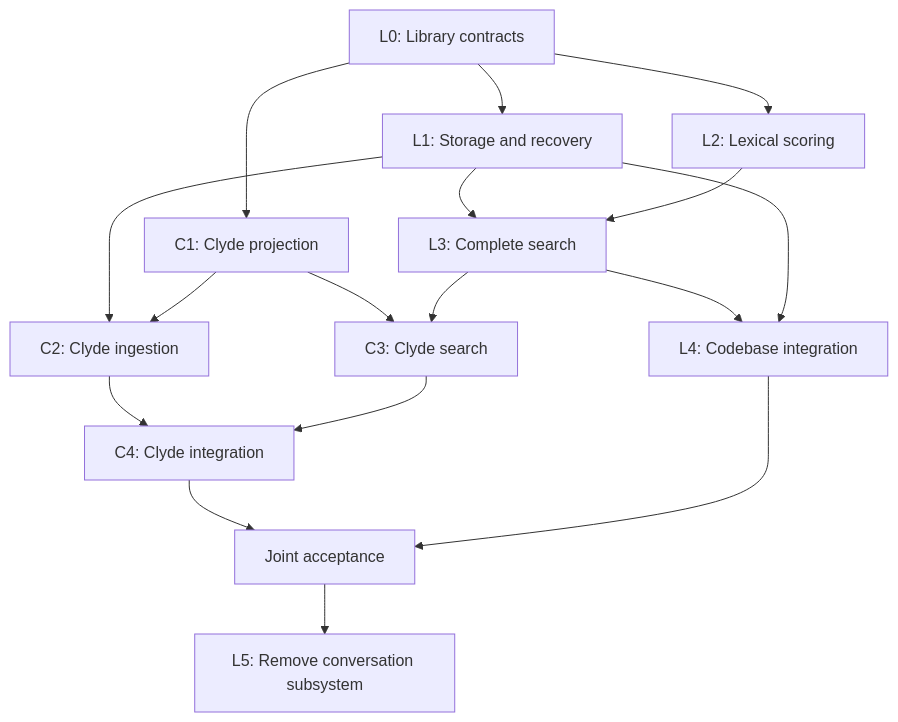
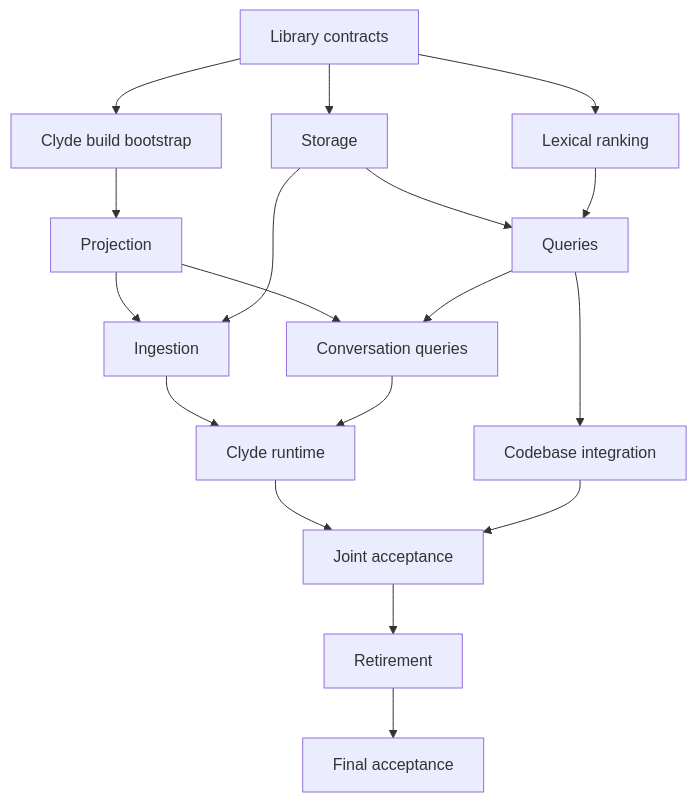
One commit to agoodkind/clyde changed the diagram in docs/superpowers/plans/2026-09-27-shared-search-coordination.md. Above: the diagram before and after it, drawn with Mermaid. The commit also changed other lines of this file and 11 other files, not shown here.

Commit message:
Add parallel Clyde plans and shared search coordination

````diff
--- a/docs/superpowers/plans/2026-09-27-shared-search-coordination.md
+++ b/docs/superpowers/plans/2026-09-27-shared-search-coordination.md
@@ -41,19 +54,20 @@
 ```mermaid
 flowchart TD
-    L0[L0: Library contracts] --> L1[L1: Storage and recovery]
-    L0 --> L2[L2: Lexical scoring]
-    L0 --> C1[C1: Clyde projection]
-    L1 --> L3[L3: Complete search]
+    L0[Library contracts] --> L1[Storage]
+    L0 --> L2[Lexical ranking]
+    L0 --> B[Clyde build bootstrap]
+    B --> C1[Projection]
+    L1 --> L3[Queries]
     L2 --> L3
-    L1 --> C2[C2: Clyde ingestion]
-    C1 --> C2
-    C1 --> C3[C3: Clyde search]
+    C1 --> C2[Ingestion]
+    L1 --> C2
+    C1 --> C3[Conversation queries]
     L3 --> C3
-    L3 --> L4[L4: Codebase integration]
-    L1 --> L4
-    C2 --> C4[C4: Clyde integration]
+    L3 --> L4[Codebase integration]
+    C2 --> C4[Clyde runtime]
     C3 --> C4
     C4 --> A[Joint acceptance]
     L4 --> A
-    A --> L5[L5: Remove conversation subsystem]
+    A --> L5[Retirement]
+    L5 --> F[Final acceptance]
 ```
````
